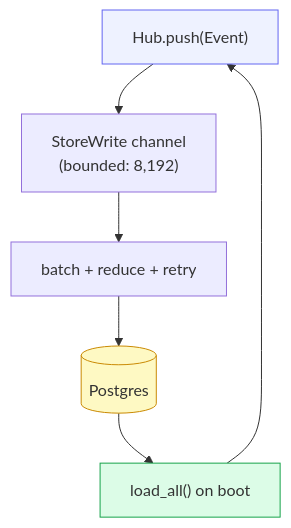
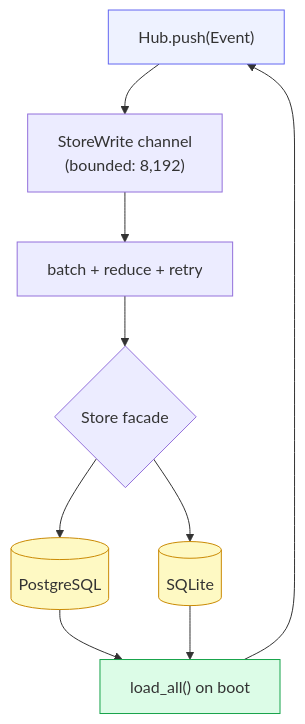
Before and after one commit to dravengarden/cowboy: the diagram in docs/architecture/05-storage.md, drawn with Mermaid. The commit also changed other lines of this file and 11 other files, not shown here.

Commit message:
support PostgreSQL and SQLite storage backends

````diff
--- a/docs/architecture/05-storage.md
+++ b/docs/architecture/05-storage.md
@@ -22,12 +25,16 @@
 ```mermaid
 flowchart TB
     HUB["Hub.push(Event)"] --> CH["StoreWrite channel<br/>(bounded: 8,192)"]
     CH --> WR["batch + reduce + retry"]
-    WR --> PG[("Postgres")]
+    WR --> STORE{"Store facade"}
+    STORE --> PG[("PostgreSQL")]
+    STORE --> SQ[("SQLite")]
     PG --> RST["load_all() on boot"]
+    SQ --> RST
     RST --> HUB
 
     style HUB fill:#eef2ff,stroke:#6366f1
     style PG fill:#fef9c3,stroke:#ca8a04
+    style SQ fill:#fef9c3,stroke:#ca8a04
     style RST fill:#dcfce7,stroke:#16a34a
 ```
````
